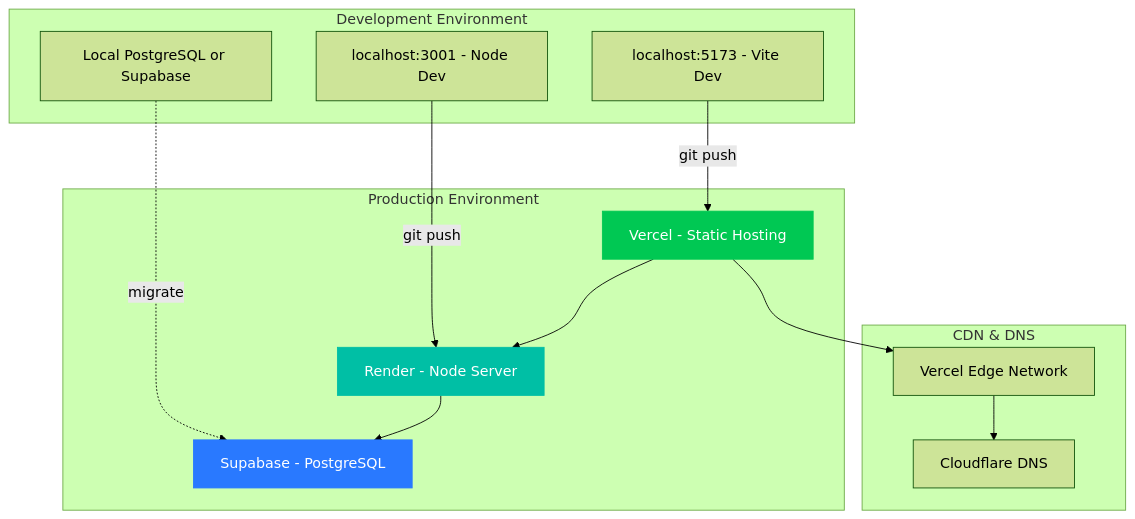
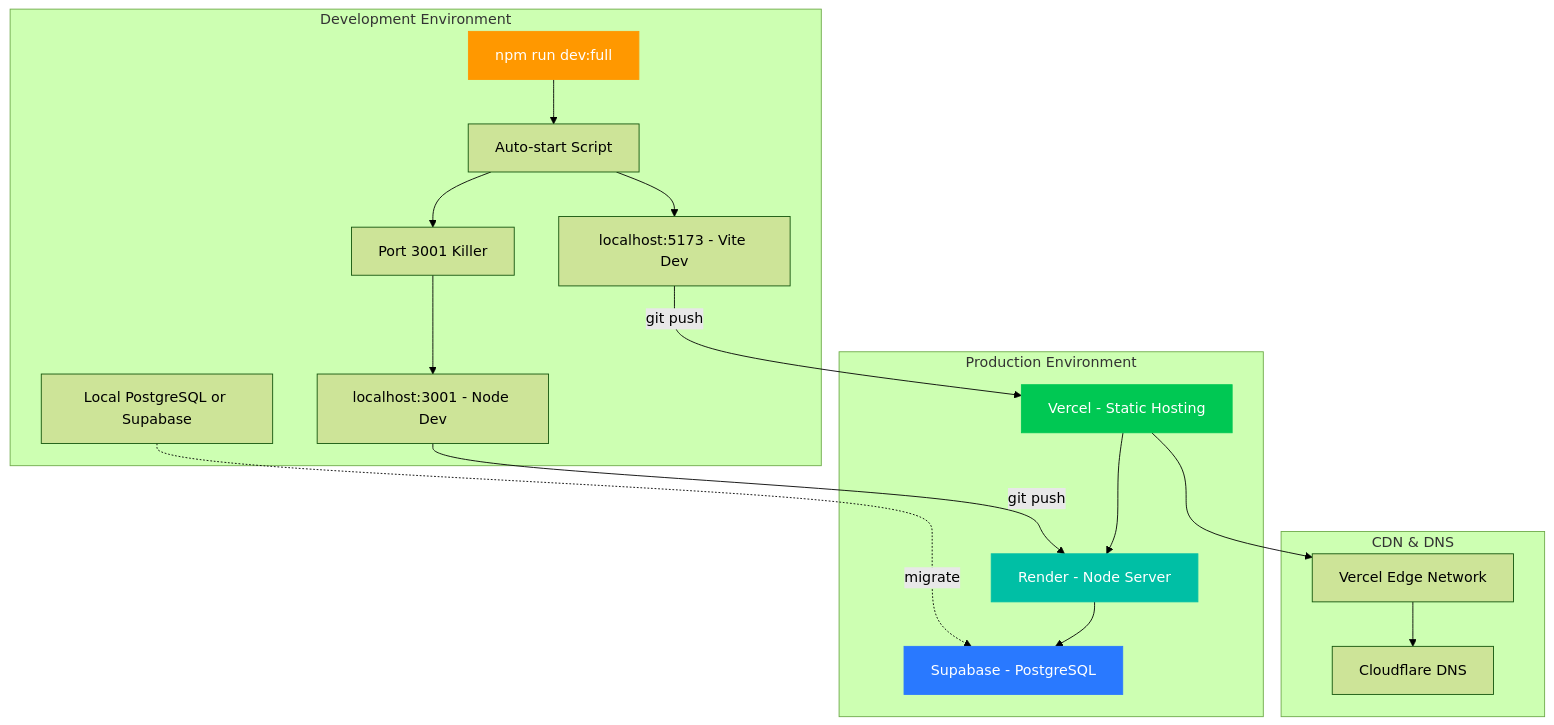
The tenth of 10 diagrams in docs/ARCHITECTURE_UML.md (GitPab/project), drawn with Mermaid (forest theme) before and after one commit. The commit also changed other lines of this file and 61 other files, not shown here.

````diff
--- a/docs/ARCHITECTURE_UML.md
+++ b/docs/ARCHITECTURE_UML.md
@@ -483,32 +487,41 @@
 ```mermaid
 graph TB
     subgraph "Development Environment"
         A[localhost:5173 - Vite Dev]
         B[localhost:3001 - Node Dev]
         C[Local PostgreSQL or Supabase]
+        D1[npm run dev:full]
+        D2[Auto-start Script]
+        D3[Port 3001 Killer]
     end
 
     subgraph "Production Environment"
         D[Vercel - Static Hosting]
         E[Render - Node Server]
         F[Supabase - PostgreSQL]
     end
 
     subgraph "CDN & DNS"
         G[Cloudflare DNS]
         H[Vercel Edge Network]
     end
 
+    D1 --> D2
+    D2 --> D3
+    D3 --> B
+    D2 --> A
+    
     A -->|git push| D
     B -->|git push| E
     C -.->|migrate| F
 
     D --> H
     H --> G
     E --> F
     D --> E
 
     style D fill:#00C853,stroke:#00C853,color:#fff
     style E fill:#00BFA5,stroke:#00BFA5,color:#fff
     style F fill:#2979FF,stroke:#2979FF,color:#fff
+    style D1 fill:#FF9800,stroke:#FF9800,color:#fff
 ```
````
